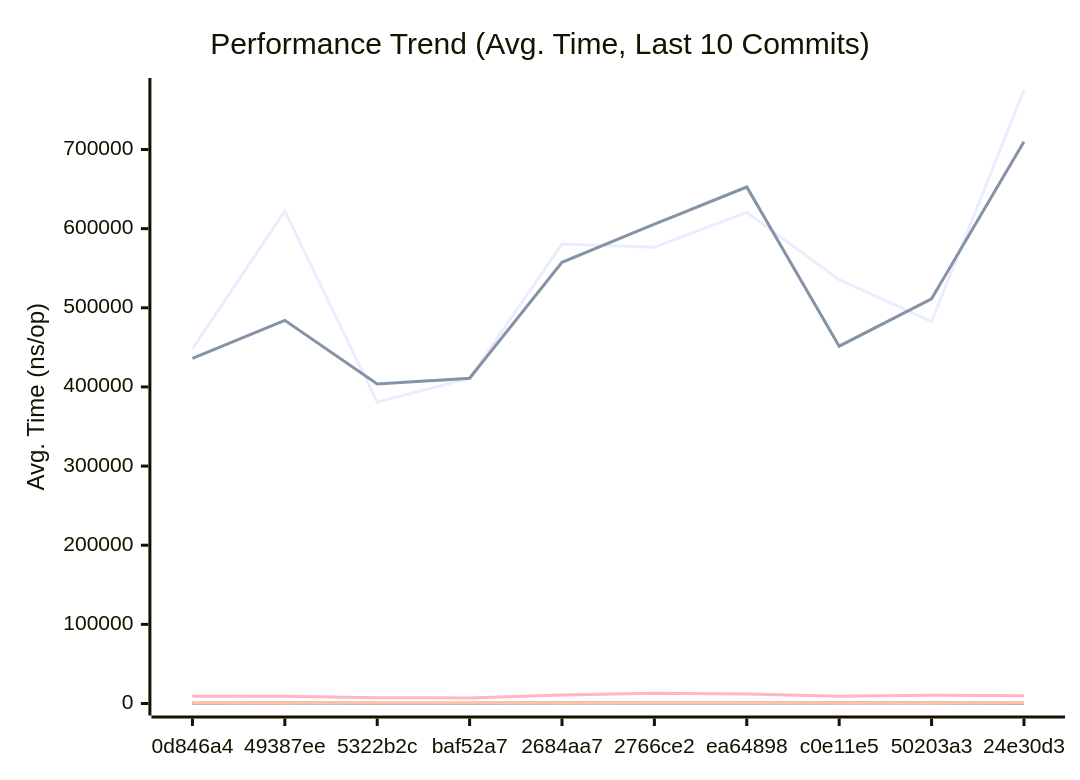
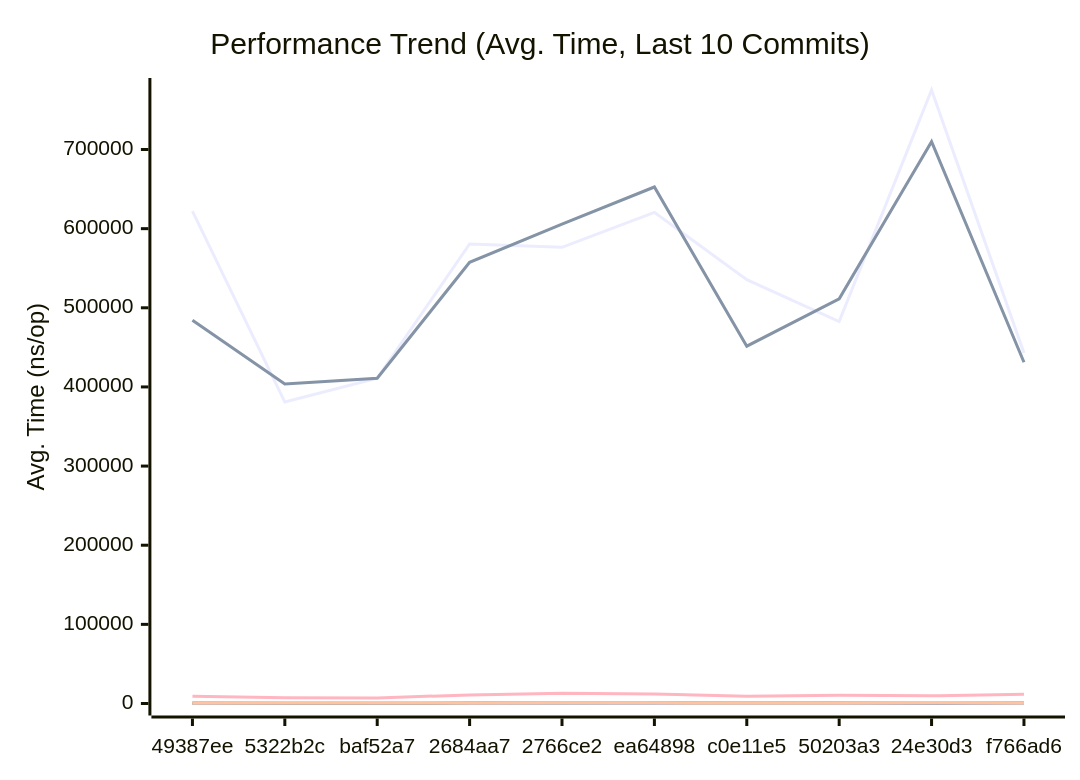
One commit to alsotoes/momo changed the first of 3 diagrams in docs/PERFORMANCE.md. Above: the diagram before and after it, drawn with Mermaid. The commit also changed other lines of this file and 2 other files, not shown here.

First line of the commit message:
fix(storage): remove dead logS3Error function (#635)

````diff
--- a/docs/PERFORMANCE.md
+++ b/docs/PERFORMANCE.md
@@ -145,20 +145,20 @@
 ```mermaid
 xychart-beta
     title "Performance Trend (Avg. Time, Last 10 Commits)"
     x-axis "Commit"
     y-axis "Avg. Time (ns/op)"
-    x-axis [0d846a4,49387ee,5322b2c,baf52a7,2684aa7,2766ce2,ea64898,c0e11e5,50203a3,24e30d3]
-    line "AWSChunkedReaderSigned" [448270,622202,380899,410944,580705,576464,620631,535526,482680,775197]
-    line "AWSChunkedReaderUnsigned" [436099,484134,403705,410907,557512,605728,652637,451534,511362,709921]
-    line "CheckMetricsAndSwap" [10,8,9,7,10,11,10,9,10,9]
-    line "CrushOptimized" [384,403,296,264,368,415,420,335,311,403]
-    line "CrushOriginal" [442,474,375,370,598,664,874,456,584,546]
-    line "IndexDirectTracking" [0,0,0,0,0,0,0,1,0,0]
-    line "IndexSearch" [3,3,3,3,3,4,3,3,3,3]
-    line "LoadGlobalConfig" [9136,9150,7234,7096,10842,13042,12014,9184,10419,9722]
-    line "PadString" [50,48,35,34,55,63,56,46,48,53]
+    x-axis [49387ee,5322b2c,baf52a7,2684aa7,2766ce2,ea64898,c0e11e5,50203a3,24e30d3,f766ad6]
+    line "AWSChunkedReaderSigned" [622202,380899,410944,580705,576464,620631,535526,482680,775197,442836]
+    line "AWSChunkedReaderUnsigned" [484134,403705,410907,557512,605728,652637,451534,511362,709921,431233]
+    line "CheckMetricsAndSwap" [8,9,7,10,11,10,9,10,9,8]
+    line "CrushOptimized" [403,296,264,368,415,420,335,311,403,380]
+    line "CrushOriginal" [474,375,370,598,664,874,456,584,546,566]
+    line "IndexDirectTracking" [0,0,0,0,0,0,1,0,0,0]
+    line "IndexSearch" [3,3,3,3,4,3,3,3,3,3]
+    line "LoadGlobalConfig" [9150,7234,7096,10842,13042,12014,9184,10419,9722,11718]
+    line "PadString" [48,35,34,55,63,56,46,48,53,45]
     line "ParseReplicationOrder_NoPrealloc" [350,349,357,354,345,225,229,165,232,234]
     line "ParseReplicationOrder_Prealloc" [229,231,237,234,229,108,107,80,110,109]
-    line "SanitizeLog/Safe" [430,543,398,379,530,569,614,504,554,457]
-    line "SanitizeLog/Unsafe" [542,680,482,537,734,816,804,636,638,832]
+    line "SanitizeLog/Safe" [543,398,379,530,569,614,504,554,457,620]
+    line "SanitizeLog/Unsafe" [680,482,537,734,816,804,636,638,832,535]
 ```
````
